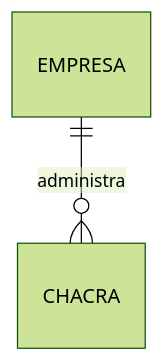
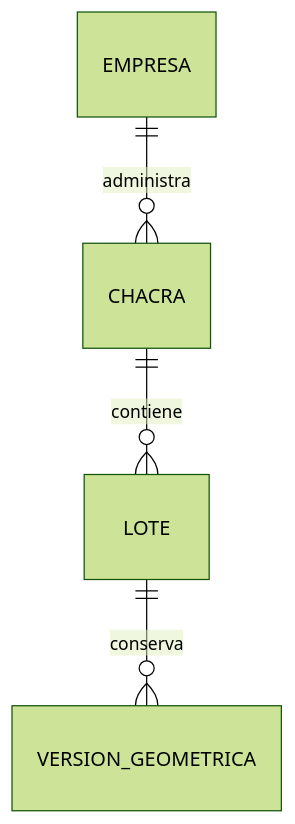
Before and after one commit to LucasParodi00/APP_TAREFERO_API_REST_v3: the diagram in doc/modulos/territorio/territorio.modelo-datos.md, drawn with Mermaid (forest theme). The commit also changed other lines of this file and 29 other files, not shown here.

````diff
--- a/doc/modulos/territorio/territorio.modelo-datos.md
+++ b/doc/modulos/territorio/territorio.modelo-datos.md
@@ -14,4 +14,6 @@
 ```mermaid
 erDiagram
     EMPRESA ||--o{ CHACRA : administra
+    CHACRA ||--o{ LOTE : contiene
+    LOTE ||--o{ VERSION_GEOMETRICA : conserva
 ```
````
